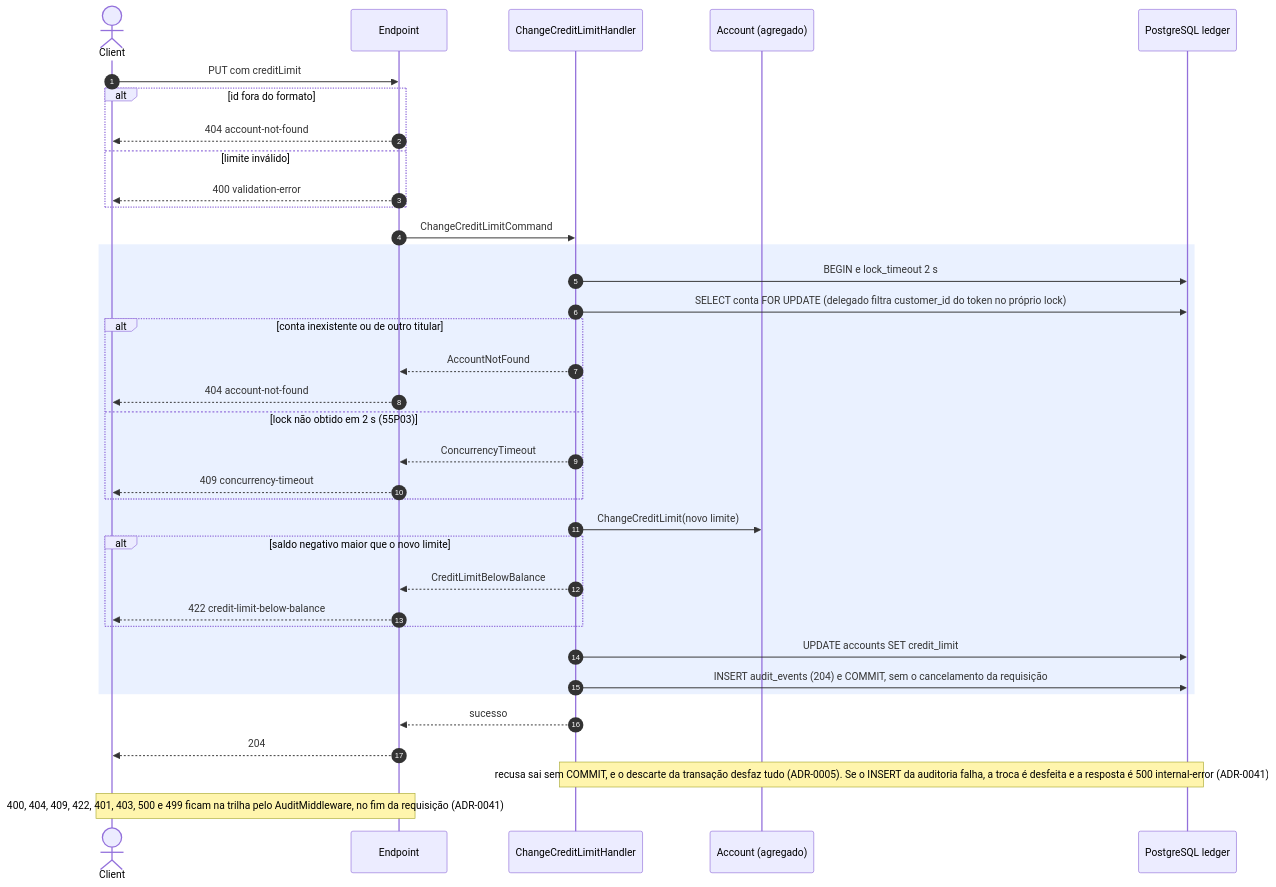
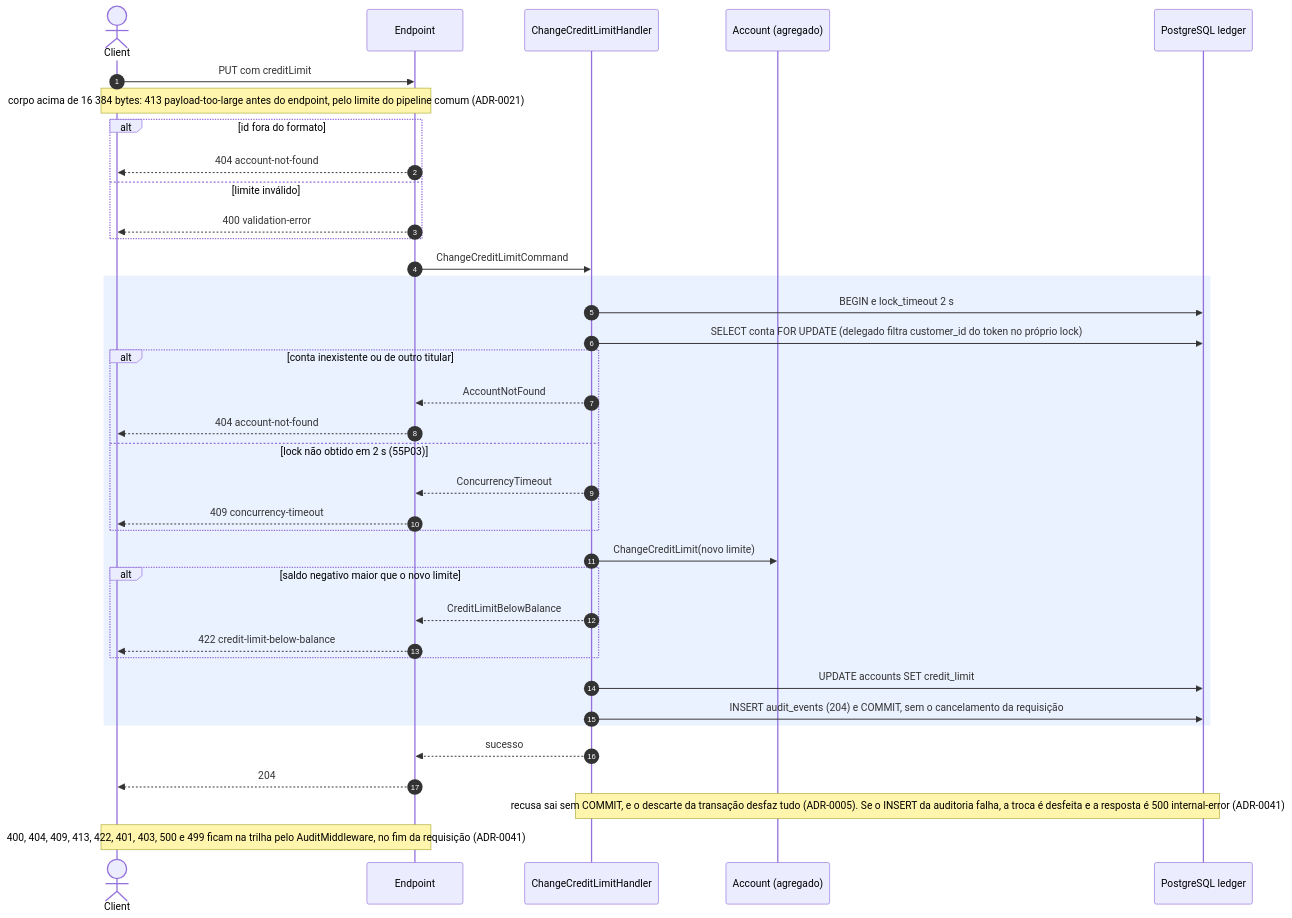
The fourth of 8 diagrams in docs/arquitetura/fluxos-ledger.md (arthuurw/desafio-arquiteto-keyrus), drawn with Mermaid before and after one commit. The commit also changed other lines of this file and 12 other files, not shown here.

````diff
--- a/docs/arquitetura/fluxos-ledger.md
+++ b/docs/arquitetura/fluxos-ledger.md
@@ -172,39 +172,40 @@
 ```mermaid
 sequenceDiagram
   autonumber
   actor C as Client
   participant E as Endpoint
   participant H as ChangeCreditLimitHandler
   participant A as Account (agregado)
   participant DB as PostgreSQL ledger
 
   C->>E: PUT com creditLimit
+  Note over C,E: corpo acima de 16 384 bytes: 413 payload-too-large antes do endpoint, pelo limite do pipeline comum (ADR-0021)
   alt id fora do formato
     E-->>C: 404 account-not-found
   else limite inválido
     E-->>C: 400 validation-error
   end
   E->>H: ChangeCreditLimitCommand
   rect rgba(80, 140, 255, 0.12)
     H->>DB: BEGIN e lock_timeout 2 s
     H->>DB: SELECT conta FOR UPDATE (delegado filtra customer_id do token no próprio lock)
     alt conta inexistente ou de outro titular
       H-->>E: AccountNotFound
       E-->>C: 404 account-not-found
     else lock não obtido em 2 s (55P03)
       H-->>E: ConcurrencyTimeout
       E-->>C: 409 concurrency-timeout
     end
     H->>A: ChangeCreditLimit(novo limite)
     alt saldo negativo maior que o novo limite
       H-->>E: CreditLimitBelowBalance
       E-->>C: 422 credit-limit-below-balance
     end
     H->>DB: UPDATE accounts SET credit_limit
     H->>DB: INSERT audit_events (204) e COMMIT, sem o cancelamento da requisição
   end
   H-->>E: sucesso
   E-->>C: 204
   Note over H,DB: recusa sai sem COMMIT, e o descarte da transação desfaz tudo (ADR-0005). Se o INSERT da auditoria falha, a troca é desfeita e a resposta é 500 internal-error (ADR-0041)
-  Note over C,E: 400, 404, 409, 422, 401, 403, 500 e 499 ficam na trilha pelo AuditMiddleware, no fim da requisição (ADR-0041)
+  Note over C,E: 400, 404, 409, 413, 422, 401, 403, 500 e 499 ficam na trilha pelo AuditMiddleware, no fim da requisição (ADR-0041)
 ```
````
